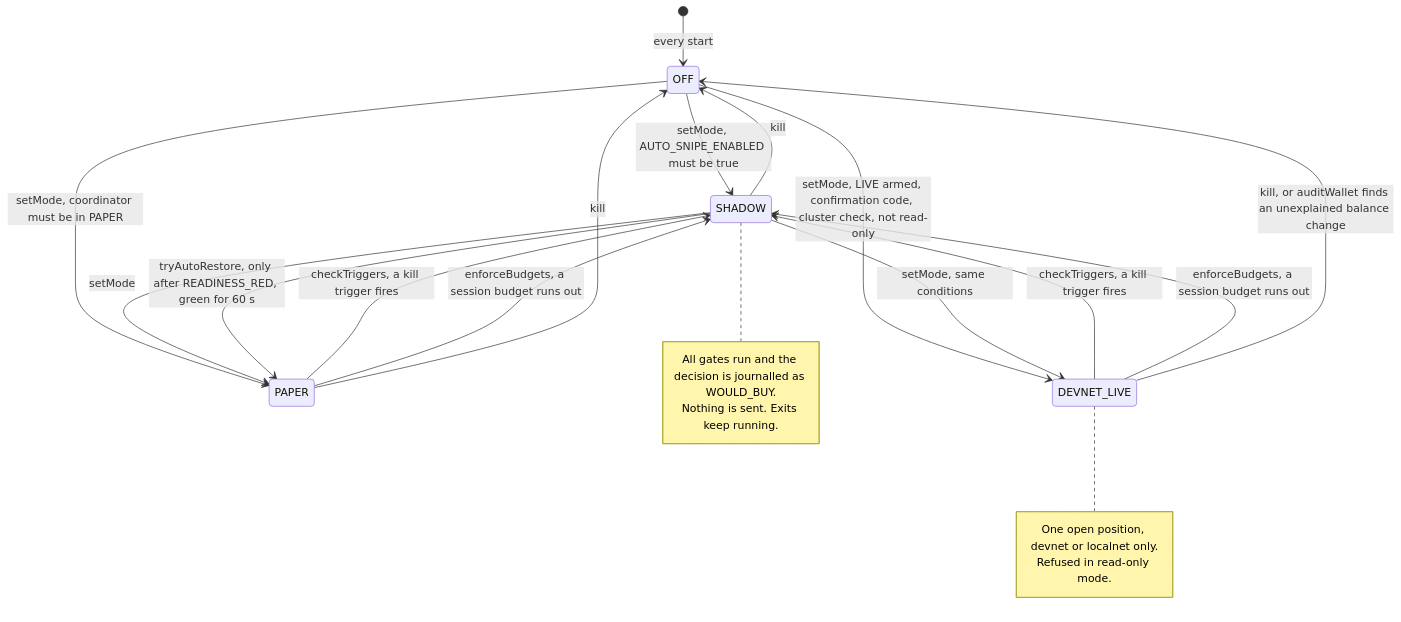
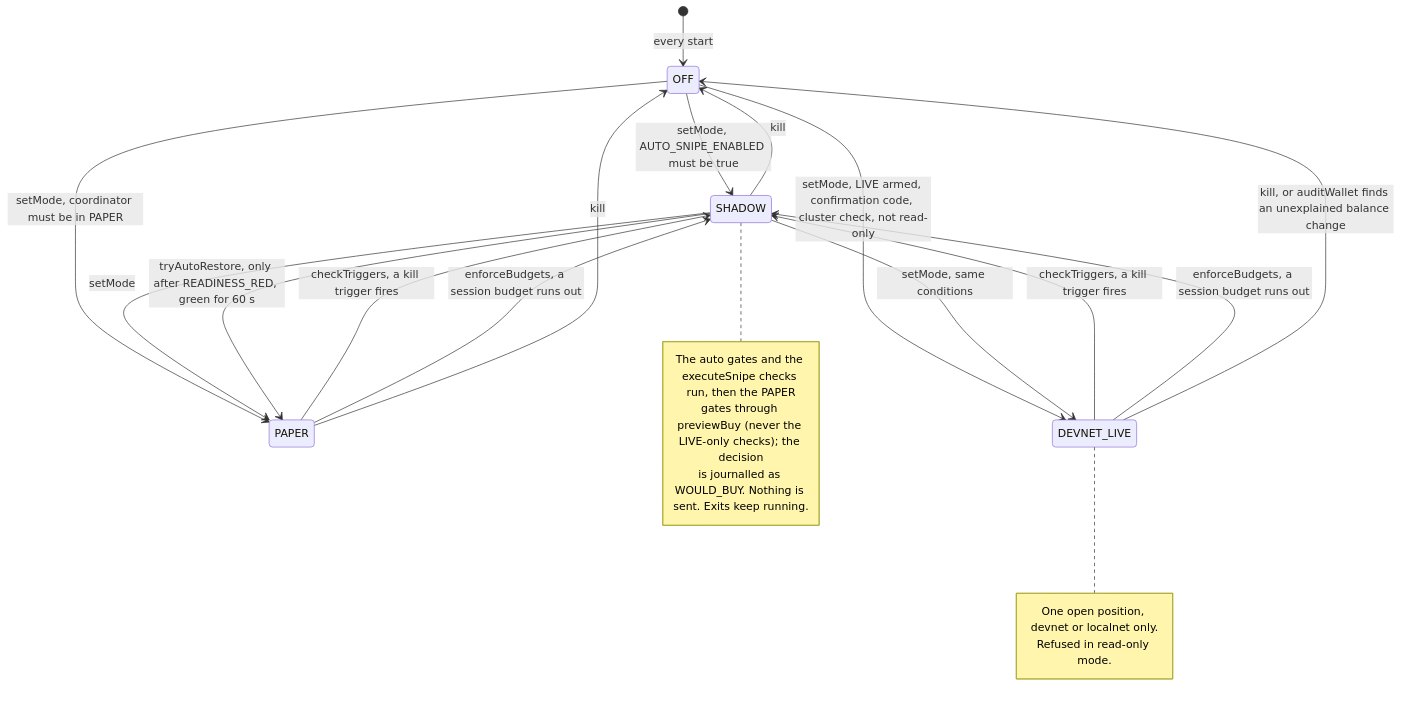
The second of 3 diagrams in docs/ARCHITECTURE.md (ttcdm/hft), drawn with Mermaid before and after one commit. The commit also changed other lines of this file and 7 other files, not shown here.

````diff
--- a/docs/ARCHITECTURE.md
+++ b/docs/ARCHITECTURE.md
@@ -85,25 +86,26 @@
 ```mermaid
 stateDiagram-v2
   [*] --> OFF: every start
   OFF --> SHADOW: setMode, AUTO_SNIPE_ENABLED must be true
   OFF --> PAPER: setMode, coordinator must be in PAPER
   OFF --> DEVNET_LIVE: setMode, LIVE armed, confirmation code, cluster check, not read-only
   SHADOW --> PAPER: setMode
   SHADOW --> DEVNET_LIVE: setMode, same conditions
   PAPER --> SHADOW: checkTriggers, a kill trigger fires
   DEVNET_LIVE --> SHADOW: checkTriggers, a kill trigger fires
   SHADOW --> PAPER: tryAutoRestore, only after READINESS_RED, green for 60 s
   PAPER --> SHADOW: enforceBudgets, a session budget runs out
   DEVNET_LIVE --> SHADOW: enforceBudgets, a session budget runs out
   PAPER --> OFF: kill
   SHADOW --> OFF: kill
   DEVNET_LIVE --> OFF: kill, or auditWallet finds an unexplained balance change
   note right of SHADOW
-    All gates run and the decision is journalled as WOULD_BUY.
-    Nothing is sent. Exits keep running.
+    The auto gates and the executeSnipe checks run, then the PAPER
+    gates through previewBuy (never the LIVE-only checks); the decision
+    is journalled as WOULD_BUY. Nothing is sent. Exits keep running.
   end note
   note right of DEVNET_LIVE
     One open position, devnet or localnet only.
     Refused in read-only mode.
   end note
 ```
````
